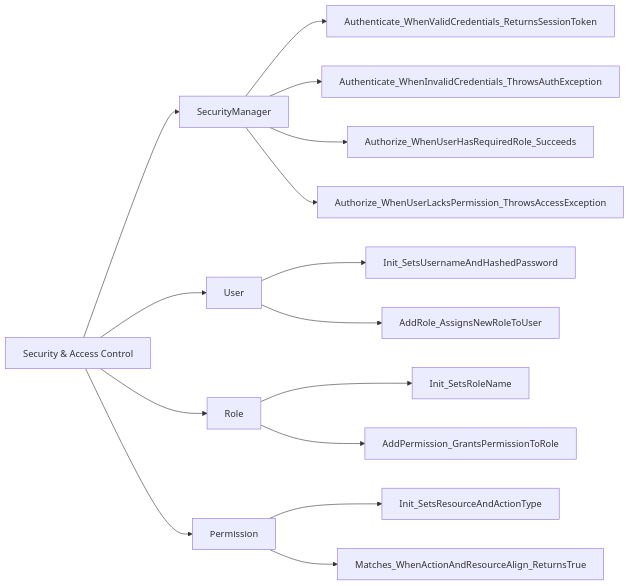
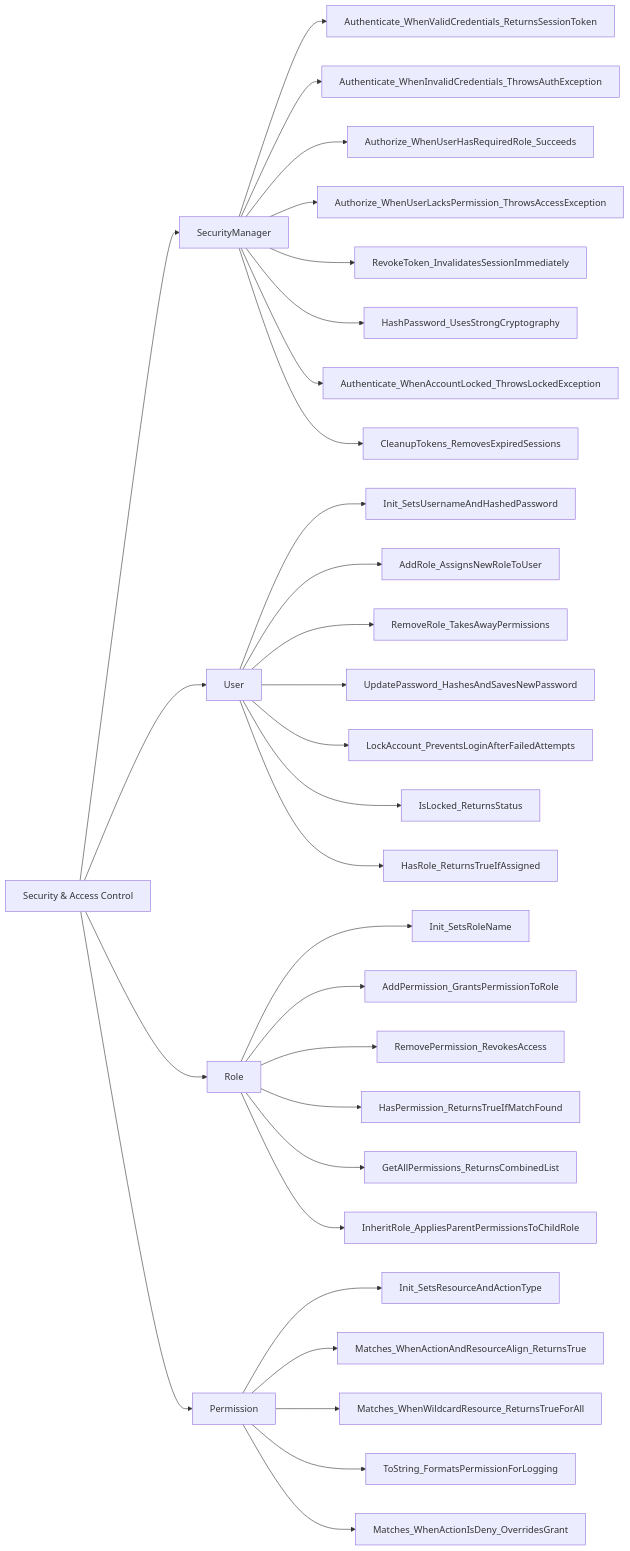
Before and after one commit to TamBui1706/DBMS: diagram 16 of 16 in README.md, drawn with Mermaid. The commit also changed other lines of this file and 3 other files, not shown here.

````diff
--- a/README.md
+++ b/README.md
@@ -949,18 +1138,34 @@
 ```mermaid
 graph LR
     S6["Security & Access Control"]
     S6 --> C6_0["SecurityManager"]
     C6_0 --> T6_0_0["Authenticate_WhenValidCredentials_ReturnsSessionToken"]
     C6_0 --> T6_0_1["Authenticate_WhenInvalidCredentials_ThrowsAuthException"]
     C6_0 --> T6_0_2["Authorize_WhenUserHasRequiredRole_Succeeds"]
     C6_0 --> T6_0_3["Authorize_WhenUserLacksPermission_ThrowsAccessException"]
+    C6_0 --> T6_0_4["RevokeToken_InvalidatesSessionImmediately"]
+    C6_0 --> T6_0_5["HashPassword_UsesStrongCryptography"]
+    C6_0 --> T6_0_6["Authenticate_WhenAccountLocked_ThrowsLockedException"]
+    C6_0 --> T6_0_7["CleanupTokens_RemovesExpiredSessions"]
     S6 --> C6_1["User"]
     C6_1 --> T6_1_0["Init_SetsUsernameAndHashedPassword"]
     C6_1 --> T6_1_1["AddRole_AssignsNewRoleToUser"]
+    C6_1 --> T6_1_2["RemoveRole_TakesAwayPermissions"]
+    C6_1 --> T6_1_3["UpdatePassword_HashesAndSavesNewPassword"]
+    C6_1 --> T6_1_4["LockAccount_PreventsLoginAfterFailedAttempts"]
+    C6_1 --> T6_1_5["IsLocked_ReturnsStatus"]
+    C6_1 --> T6_1_6["HasRole_ReturnsTrueIfAssigned"]
     S6 --> C6_2["Role"]
     C6_2 --> T6_2_0["Init_SetsRoleName"]
     C6_2 --> T6_2_1["AddPermission_GrantsPermissionToRole"]
+    C6_2 --> T6_2_2["RemovePermission_RevokesAccess"]
+    C6_2 --> T6_2_3["HasPermission_ReturnsTrueIfMatchFound"]
+    C6_2 --> T6_2_4["GetAllPermissions_ReturnsCombinedList"]
+    C6_2 --> T6_2_5["InheritRole_AppliesParentPermissionsToChildRole"]
     S6 --> C6_3["Permission"]
     C6_3 --> T6_3_0["Init_SetsResourceAndActionType"]
     C6_3 --> T6_3_1["Matches_WhenActionAndResourceAlign_ReturnsTrue"]
+    C6_3 --> T6_3_2["Matches_WhenWildcardResource_ReturnsTrueForAll"]
+    C6_3 --> T6_3_3["ToString_FormatsPermissionForLogging"]
+    C6_3 --> T6_3_4["Matches_WhenActionIsDeny_OverridesGrant"]
 ```
````
